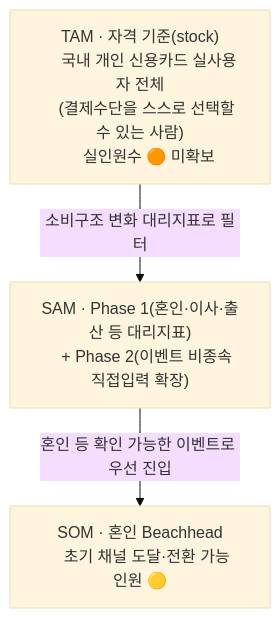
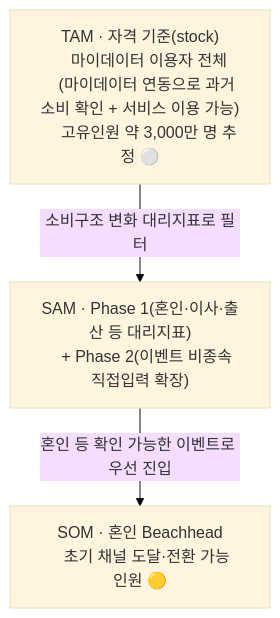
One commit to jennie-brain/team-project_2nd changed the third of 3 diagrams in 윤정/0818_쟁점정리.md. Above: the diagram before and after it, drawn with Mermaid (base theme). The commit also changed other lines of this file and 6 other files, not shown here.

````diff
--- a/윤정/0818_쟁점정리.md
+++ b/윤정/0818_쟁점정리.md
@@ -102,13 +106,13 @@
 ```mermaid
 graph TD
     TAM["TAM · 자격 기준(stock)
-    국내 개인 신용카드 실사용자 전체
-    (결제수단을 스스로 선택할 수 있는 사람)
-    실인원수 🟠 미확보"]
+    마이데이터 이용자 전체
+    (마이데이터 연동으로 과거 소비 확인 + 서비스 이용 가능)
+    고유인원 약 3,000만 명 추정 ⚪"]
     SAM["SAM · Phase 1(혼인·이사·출산 등 대리지표)
     + Phase 2(이벤트 비종속 직접입력 확장)"]
     SOM["SOM · 혼인 Beachhead
     초기 채널 도달·전환 가능 인원 🟡"]
     TAM -->|"소비구조 변화 대리지표로 필터"| SAM
     SAM -->|"혼인 등 확인 가능한 이벤트로 우선 진입"| SOM
 ```
````
